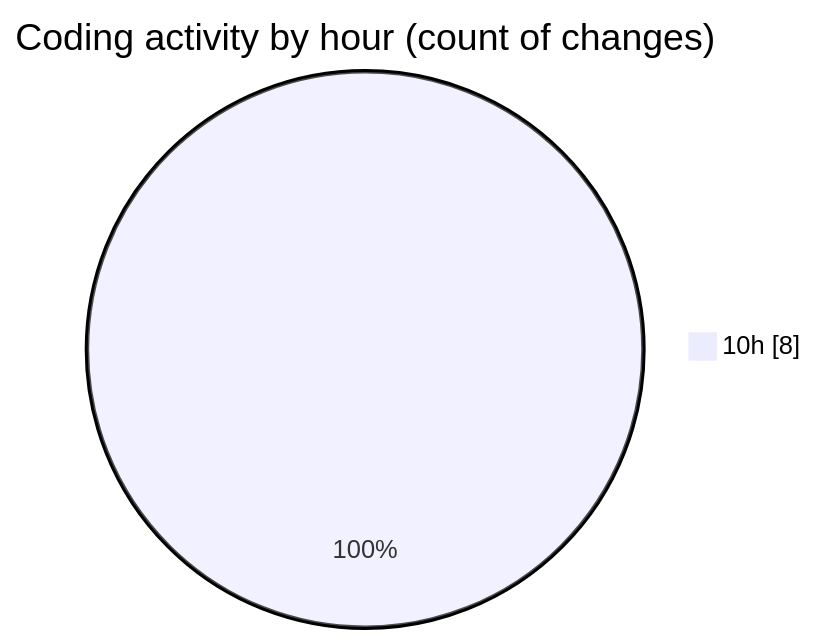
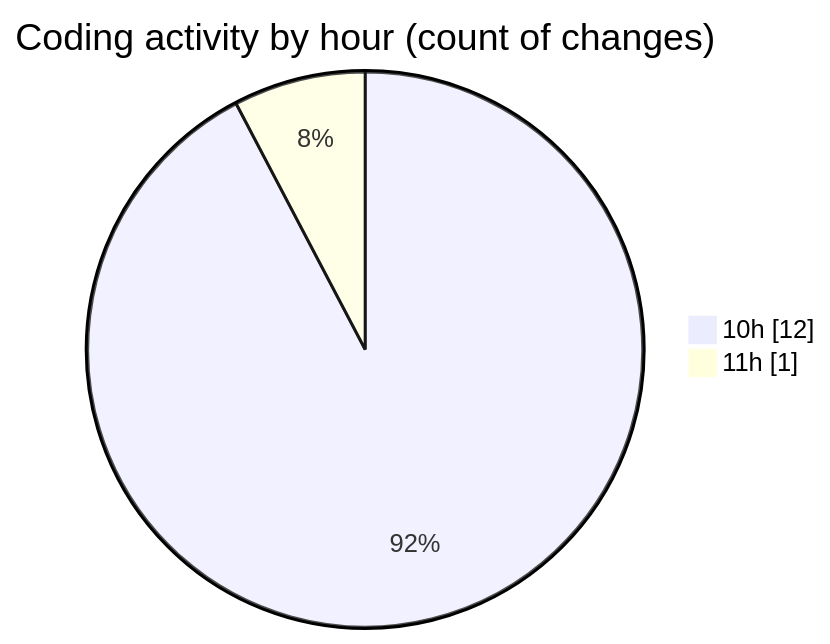
The second of 2 diagrams in 2025-10-01/untitled__workspace_/README.md (debugP/code-tracking), drawn with Mermaid before and after one commit. The commit also changed other lines of this file and 1 other file, not shown here.

````diff
--- a/2025-10-01/untitled__workspace_/README.md
+++ b/2025-10-01/untitled__workspace_/README.md
@@ -28,5 +32,6 @@
 ```mermaid
 pie showData
 title Coding activity by hour (count of changes)
-"10h" : 8
+"10h" : 12
+"11h" : 1
 ```
````
